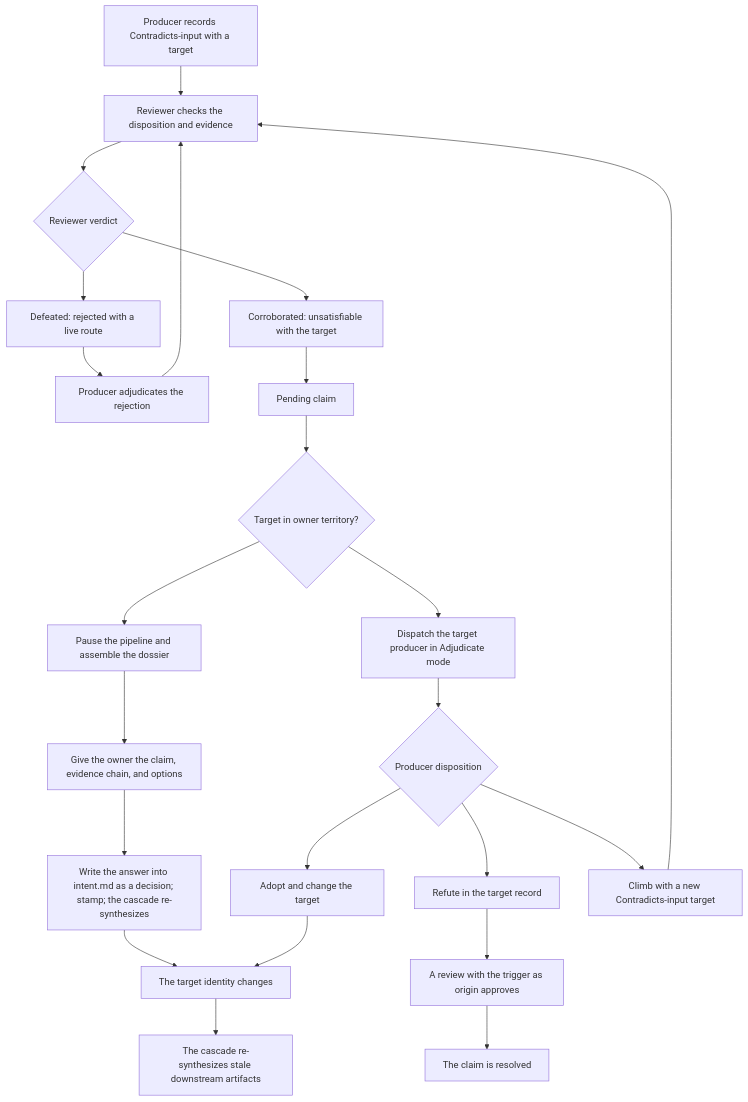
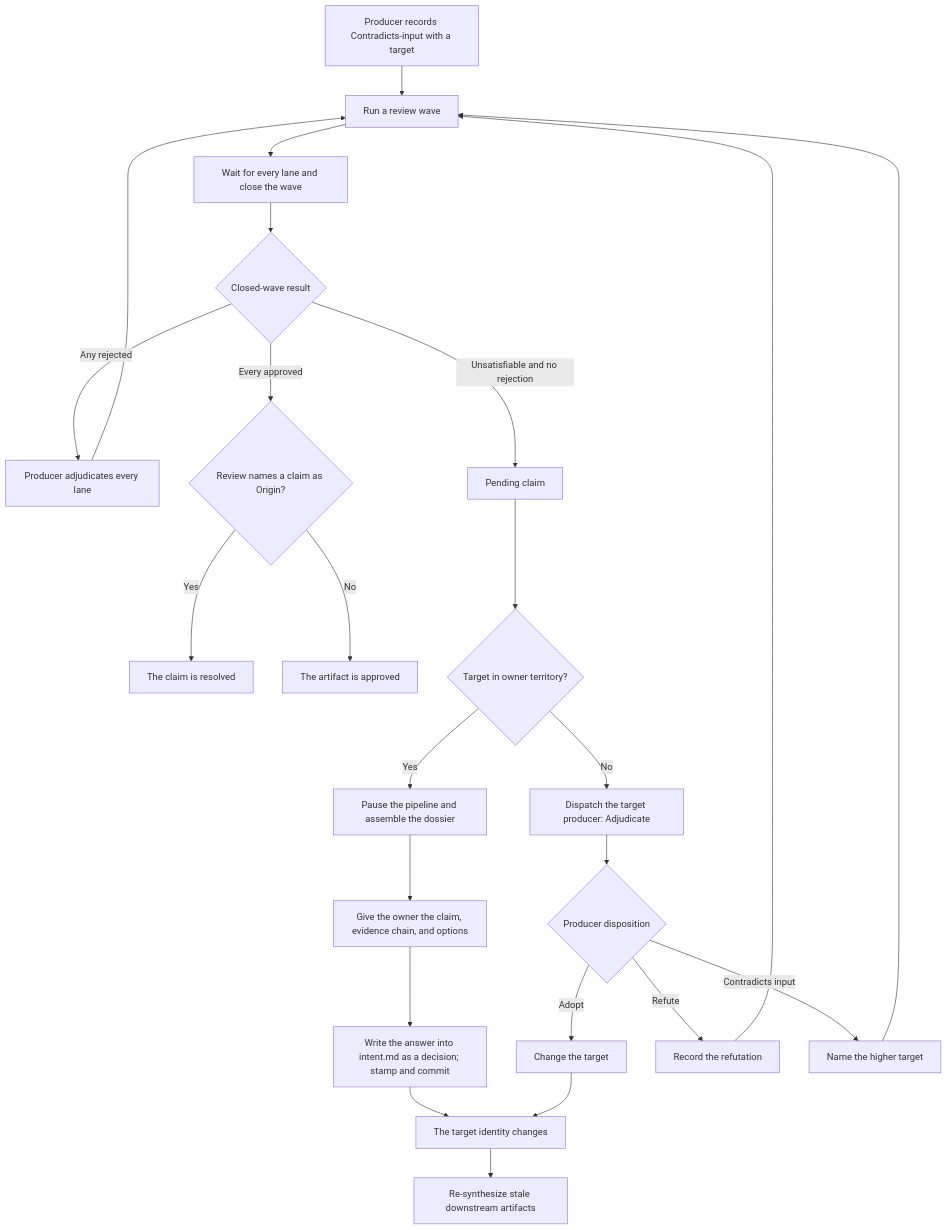
One commit to Automattic/radical-pipelines changed the diagram in docs/flowcharts/escalation.md. Above: the diagram before and after it, drawn with Mermaid. The commit also changed 7 other files, not shown here.

Commit message:
Synchronize orchestration flowcharts

````diff
--- a/docs/flowcharts/escalation.md
+++ b/docs/flowcharts/escalation.md
@@ -5,25 +5,26 @@
 ```mermaid
 flowchart TD
-    A["Producer records Contradicts-input with a target"] --> B["Reviewer checks the disposition and evidence"]
-    B --> C{"Reviewer verdict"}
-    C --> D["Defeated: rejected with a live route"]
-    C --> E["Corroborated: unsatisfiable with the target"]
-    D --> F["Producer adjudicates the rejection"]
-    F --> B
-    E --> G["Pending claim"]
+    A["Producer records Contradicts-input with a target"] --> B["Run a review wave"]
+    B --> C["Wait for every lane and close the wave"]
+    C --> D{"Closed-wave result"}
+    D -->|Any rejected| E["Producer adjudicates every lane"]
+    E --> B
+    D -->|Every approved| F{"Review names a claim as Origin?"}
+    F -->|Yes| RESOLVED["The claim is resolved"]
+    F -->|No| APPROVED["The artifact is approved"]
+    D -->|Unsatisfiable and no rejection| G["Pending claim"]
     G --> H{"Target in owner territory?"}
-    H --> I["Pause the pipeline and assemble the dossier"]
+    H -->|Yes| I["Pause the pipeline and assemble the dossier"]
     I --> J["Give the owner the claim, evidence chain, and options"]
-    J --> K["Write the answer into intent.md as a decision; stamp; the cascade re-synthesizes"]
-    K --> L["The target identity changes"]
-    L --> M["The cascade re-synthesizes stale downstream artifacts"]
-    H --> N["Dispatch the target producer in Adjudicate mode"]
+    J --> K["Write the answer into intent.md as a decision; stamp and commit"]
+    K --> CHANGED["The target identity changes"]
+    H -->|No| N["Dispatch the target producer: Adjudicate"]
     N --> O{"Producer disposition"}
-    O --> P["Adopt and change the target"]
-    O --> Q["Refute in the target record"]
-    O --> R["Climb with a new Contradicts-input target"]
-    P --> L
-    Q --> S["A review with the trigger as origin approves"]
-    S --> T["The claim is resolved"]
+    O -->|Adopt| P["Change the target"]
+    O -->|Refute| Q["Record the refutation"]
+    O -->|Contradicts input| R["Name the higher target"]
+    P --> CHANGED
+    Q --> B
     R --> B
+    CHANGED --> CASCADE["Re-synthesize stale downstream artifacts"]
 ```
````
